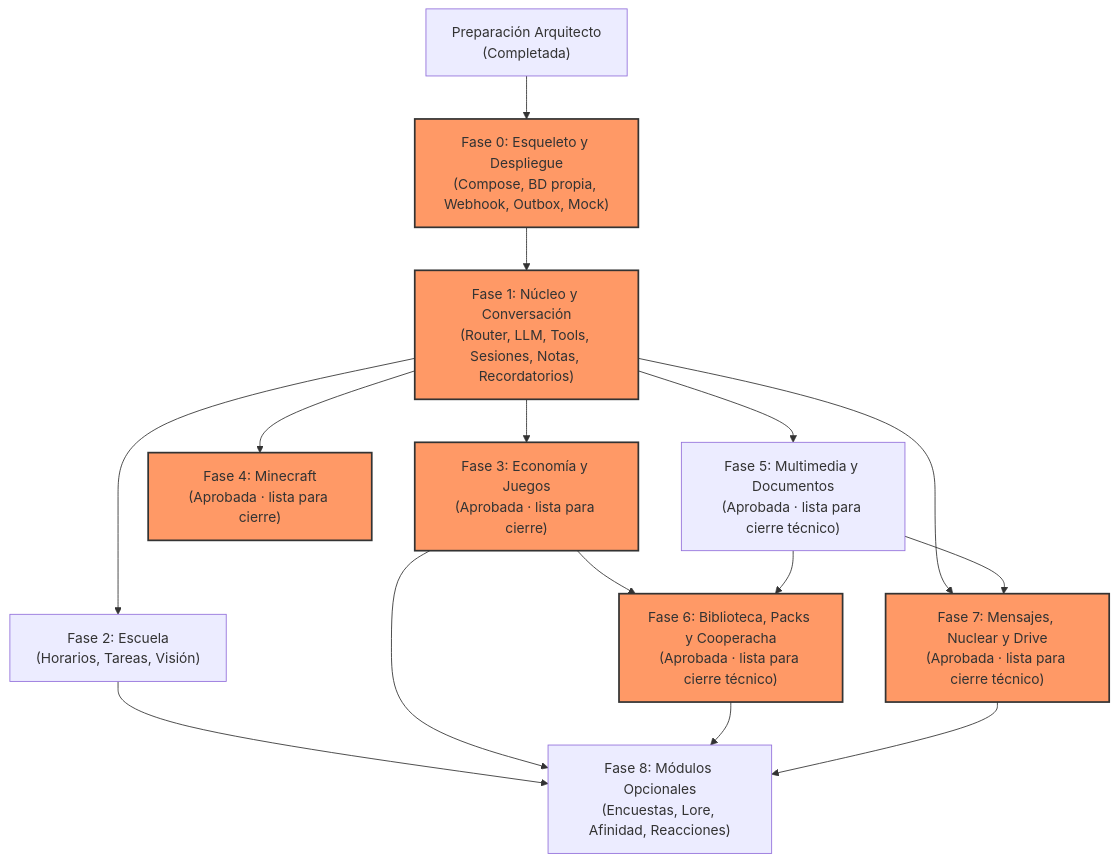
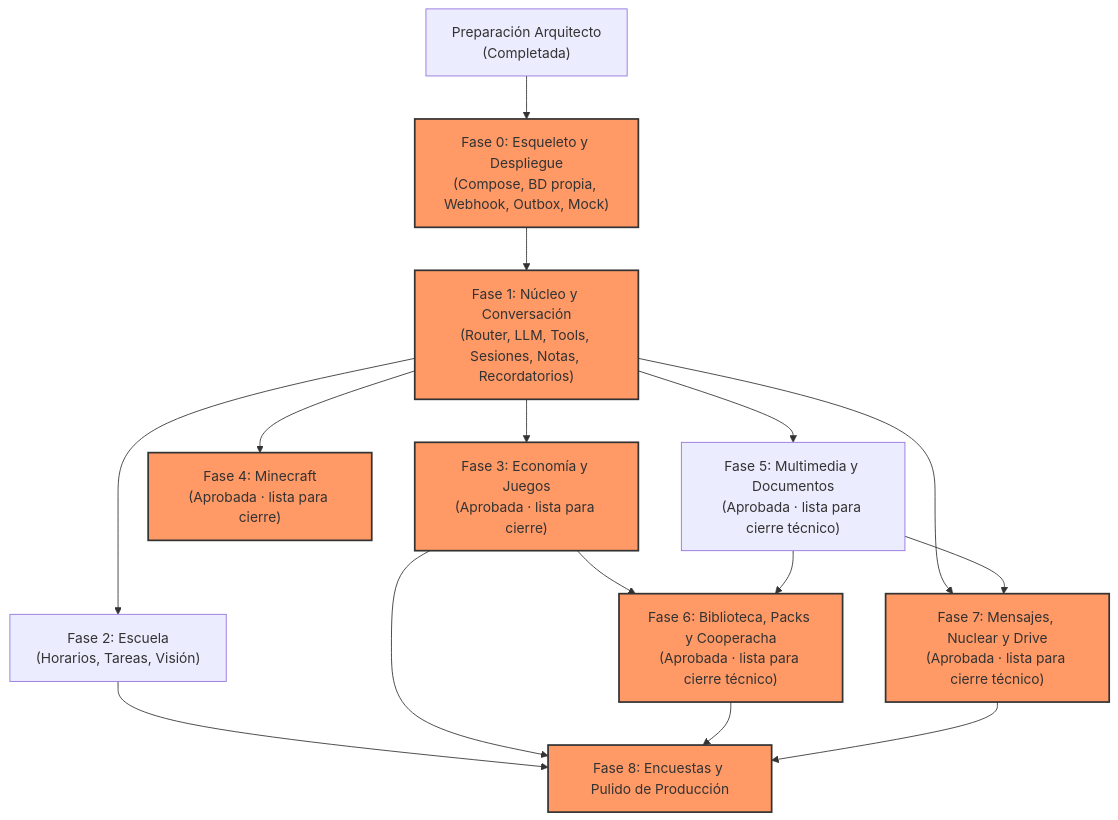
Before and after one commit to Yzy-zu/Botskyp: the diagram in docs/ROADMAP.md, drawn with Mermaid. The commit also changed other lines of this file and 55 other files, not shown here.

````diff
--- a/docs/ROADMAP.md
+++ b/docs/ROADMAP.md
@@ -14,24 +14,24 @@
 ```mermaid
 flowchart TD
     prep["Preparación Arquitecto<br/>(Completada)"] --> f0["Fase 0: Esqueleto y Despliegue<br/>(Compose, BD propia, Webhook, Outbox, Mock)"]
     f0 --> f1["Fase 1: Núcleo y Conversación<br/>(Router, LLM, Tools, Sesiones, Notas, Recordatorios)"]
     
     f1 --> f2["Fase 2: Escuela<br/>(Horarios, Tareas, Visión)"]
     f1 --> f3["Fase 3: Economía y Juegos<br/>(Aprobada · lista para cierre)"]
     f1 --> f4["Fase 4: Minecraft<br/>(Aprobada · lista para cierre)"]
     f1 --> f5["Fase 5: Multimedia y Documentos<br/>(Aprobada · lista para cierre técnico)"]
     
     f3 --> f6["Fase 6: Biblioteca, Packs y Cooperacha<br/>(Aprobada · lista para cierre técnico)"]
     f5 --> f6
     
     f1 --> f7["Fase 7: Mensajes, Nuclear y Drive<br/>(Aprobada · lista para cierre técnico)"]
     f5 --> f7
     
-    f2 --> f8["Fase 8: Módulos Opcionales<br/>(Encuestas, Lore, Afinidad, Reacciones)"]
+    f2 --> f8["Fase 8: Encuestas y Pulido de Producción"]
     f3 --> f8
     f6 --> f8
     f7 --> f8
 
     classDef critical fill:#f96,stroke:#333,stroke-width:2px;
-    class f0,f1,f3,f4,f6,f7 critical;
+    class f0,f1,f3,f4,f6,f7,f8 critical;
 ```
````
